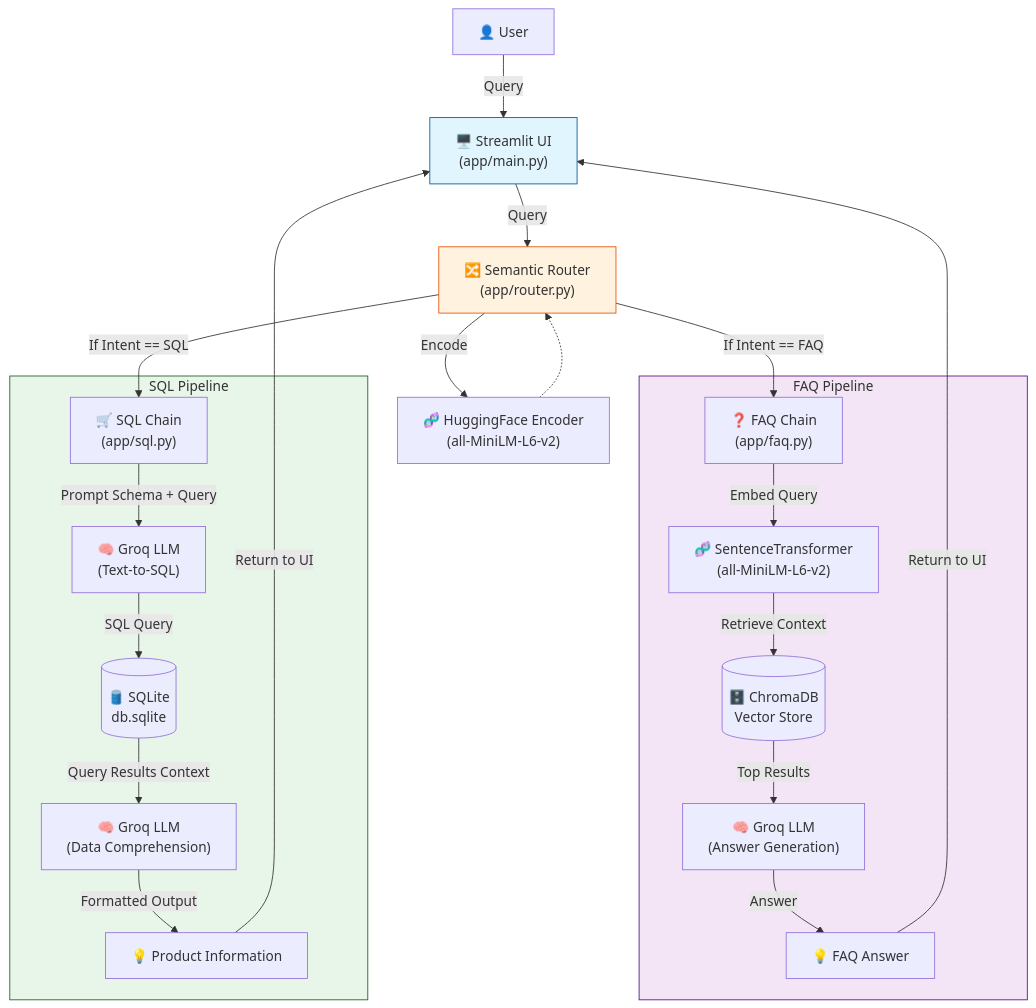
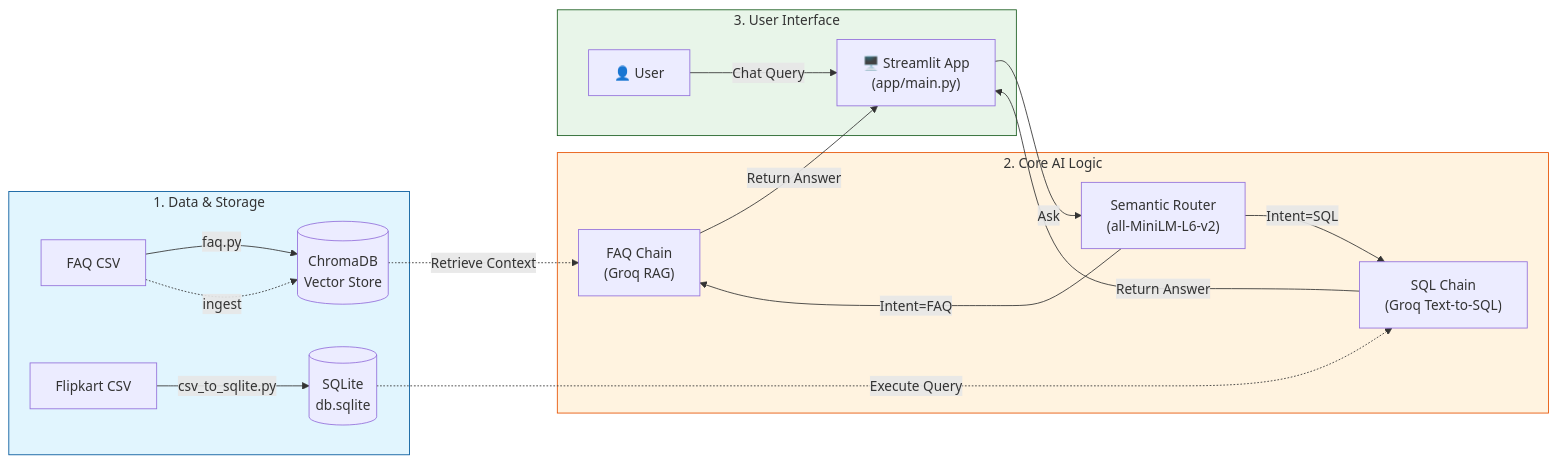
Before and after one commit to VIVPM/ecommerce-agent: the diagram in README.md, drawn with Mermaid.

Commit message:
docs: expand README

````diff
--- a/README.md
+++ b/README.md
@@ -17,37 +17,36 @@
 ```mermaid
-graph TD
-    %% User Interaction
-    User[👤 User] -->|Query| UI["🖥️ Streamlit UI<br>(app/main.py)"]
-    
-    %% Routing
-    UI -->|Query| Router["🔀 Semantic Router<br>(app/router.py)"]
-    Router -->|Encode| Encoder["🧬 HuggingFace Encoder<br>(all-MiniLM-L6-v2)"]
-    Encoder -.-> Router
-    
-    Router -->|If Intent == FAQ| FAQ["❓ FAQ Chain<br>(app/faq.py)"]
-    Router -->|If Intent == SQL| SQL["🛒 SQL Chain<br>(app/sql.py)"]
-    
-    %% FAQ Pipeline
-    subgraph FAQ_Pipeline [FAQ Pipeline]
-        FAQ -->|Embed Query| Embed1["🧬 SentenceTransformer<br>(all-MiniLM-L6-v2)"]
-        Embed1 -->|Retrieve Context| Chroma[(🗄️ ChromaDB<br>Vector Store)]
-        Chroma -->|Top Results| LLM1["🧠 Groq LLM<br>(Answer Generation)"]
-        LLM1 -->|Answer| Ans1["💡 FAQ Answer"]
+graph LR
+    %% Data Stage
+    subgraph Data_Preparation [1. Data & Storage]
+        FAQ_CSV[FAQ CSV] -->|faq.py| Chroma[(ChromaDB<br>Vector Store)]
+        Scraped[Flipkart CSV] -->|csv_to_sqlite.py| SQLite[(SQLite<br>db.sqlite)]
     end
-    
-    %% SQL Pipeline
-    subgraph SQL_Pipeline [SQL Pipeline]
-        SQL -->|Prompt Schema + Query| LLM2["🧠 Groq LLM<br>(Text-to-SQL)"]
-        LLM2 -->|SQL Query| DB[(🛢️ SQLite<br>db.sqlite)]
-        DB -->|Query Results Context| LLM3["🧠 Groq LLM<br>(Data Comprehension)"]
-        LLM3 -->|Formatted Output| Ans2["💡 Product Information"]
+
+    %% Logic Stage
+    subgraph AI_Core [2. Core AI Logic]
+        Router["Semantic Router<br>(all-MiniLM-L6-v2)"]
+        FAQ["FAQ Chain<br>(Groq RAG)"]
+        SQL["SQL Chain<br>(Groq Text-to-SQL)"]
+        
+        Router -->|Intent=FAQ| FAQ
+        Router -->|Intent=SQL| SQL
+        FAQ_CSV -.-> |ingest| Chroma
+        
+        Chroma -.->|Retrieve Context| FAQ
+        SQLite -.->|Execute Query| SQL
     end
-    
-    Ans1 -->|Return to UI| UI
-    Ans2 -->|Return to UI| UI
 
-    style UI fill:#e1f5fe,stroke:#01579b
-    style Router fill:#fff3e0,stroke:#e65100
-    style FAQ_Pipeline fill:#f3e5f5,stroke:#4a148c
-    style SQL_Pipeline fill:#e8f5e9,stroke:#1b5e20
+    %% Serving Stage
+    subgraph Deployment [3. User Interface]
+        UI["🖥️ Streamlit App<br>(app/main.py)"]
+        User[👤 User] -->|Chat Query| UI
+        UI -->|Ask| Router
+        FAQ -->|Return Answer| UI
+        SQL -->|Return Answer| UI
+    end
+
+    %% Styling
+    style Data_Preparation fill:#e1f5fe,stroke:#01579b
+    style AI_Core fill:#fff3e0,stroke:#e65100
+    style Deployment fill:#e8f5e9,stroke:#1b5e20
 ```
````
